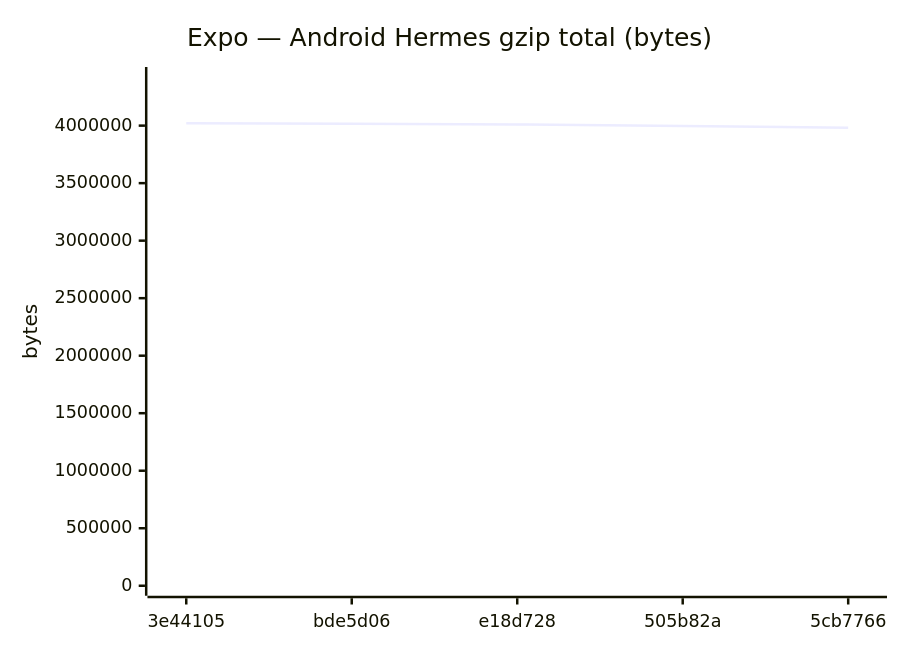
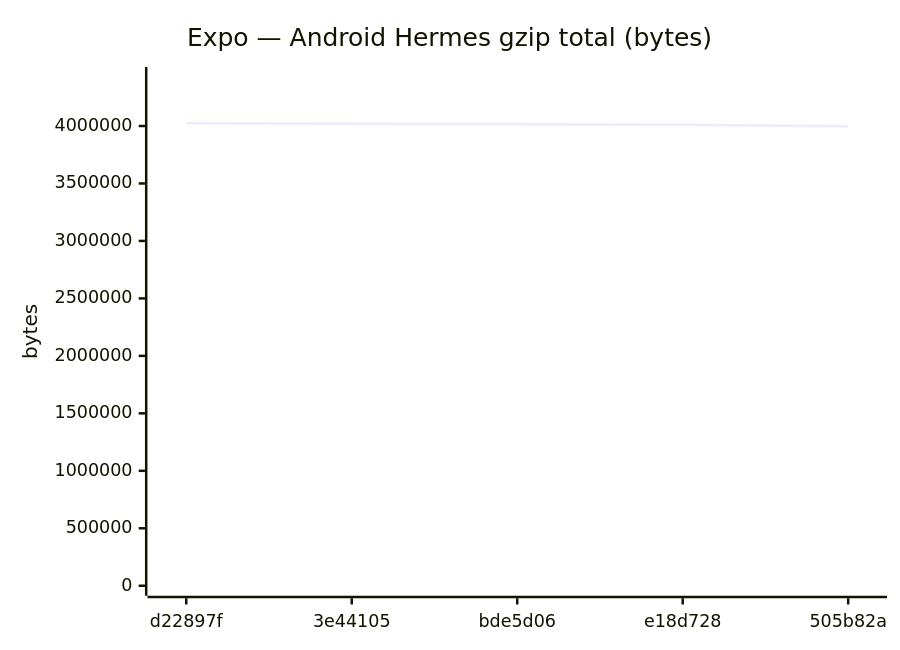
Diagram 11 of 18 in benchmarks/compare.md (Metaheurist/Rianell), drawn with Mermaid before and after one commit. The commit also changed other lines of this file and 11 other files, not shown here.

````diff
--- a/benchmarks/compare.md
+++ b/benchmarks/compare.md
@@ -172,7 +172,7 @@
 ```mermaid
 xychart-beta
     title "Expo — Android Hermes gzip total (bytes)"
-    x-axis ["3e44105", "bde5d06", "e18d728", "505b82a", "5cb7766"]
-    y-axis "bytes" 0 --> 4422759
-    line [4020690, 4016661, 4010565, 3997221, 3982594]
+    x-axis ["d22897f", "3e44105", "bde5d06", "e18d728", "505b82a"]
+    y-axis "bytes" 0 --> 4426366
+    line [4023969, 4020690, 4016661, 4010565, 3997221]
 ```
````
